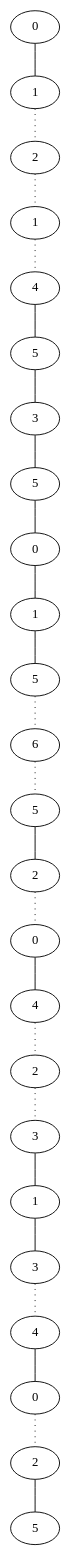
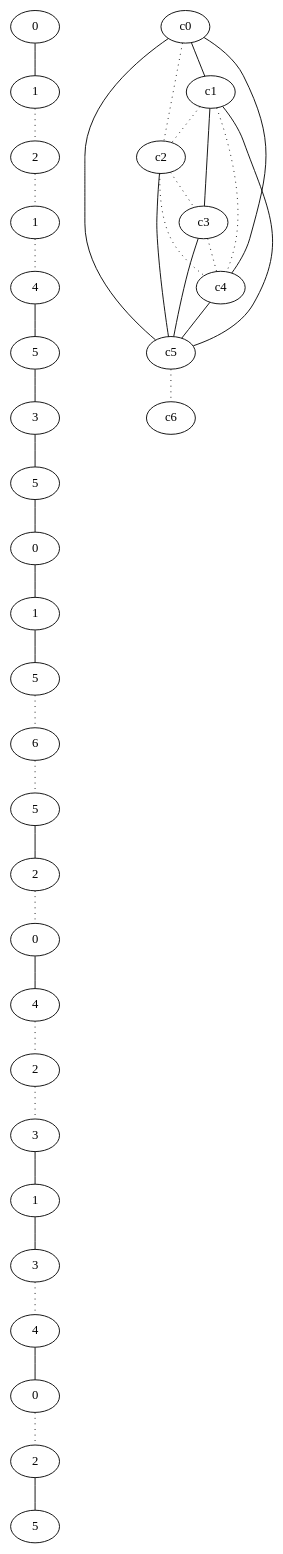
One commit to d1laj/Stage-M2 changed the diagram in TestPathsfactorised/result/dot/path_24_7_tc.dot. Above: the diagram before and after it, drawn with Graphviz. The commit also changed 7499 other files, not shown here.

```diff
--- a/TestPathsfactorised/result/dot/path_24_7_tc.dot
+++ b/TestPathsfactorised/result/dot/path_24_7_tc.dot
@@ -1,49 +1,64 @@
 graph {
 a0[label=0];
 a1[label=1];
 a2[label=2];
 a3[label=1];
 a4[label=4];
 a5[label=5];
 a6[label=3];
 a7[label=5];
 a8[label=0];
 a9[label=1];
 a10[label=5];
 a11[label=6];
 a12[label=5];
 a13[label=2];
 a14[label=0];
 a15[label=4];
 a16[label=2];
 a17[label=3];
 a18[label=1];
 a19[label=3];
 a20[label=4];
 a21[label=0];
 a22[label=2];
 a23[label=5];
 a0 -- a1;
 a1 -- a2 [style=dotted];
 a2 -- a3 [style=dotted];
 a3 -- a4 [style=dotted];
 a4 -- a5;
 a5 -- a6;
 a6 -- a7;
 a7 -- a8;
 a8 -- a9;
 a9 -- a10;
 a10 -- a11 [style=dotted];
 a11 -- a12 [style=dotted];
 a12 -- a13;
 a13 -- a14 [style=dotted];
 a14 -- a15;
 a15 -- a16 [style=dotted];
 a16 -- a17 [style=dotted];
 a17 -- a18;
 a18 -- a19;
 a19 -- a20 [style=dotted];
 a20 -- a21;
 a21 -- a22 [style=dotted];
 a22 -- a23;
+c0 -- c1;
+c0 -- c2 [style=dotted];
+c0 -- c4;
+c0 -- c5;
+c1 -- c2 [style=dotted];
+c1 -- c3;
+c1 -- c4 [style=dotted];
+c1 -- c5;
+c2 -- c3 [style=dotted];
+c2 -- c4 [style=dotted];
+c2 -- c5;
+c3 -- c4 [style=dotted];
+c3 -- c5;
+c4 -- c5;
+c5 -- c6 [style=dotted];
 }
```
